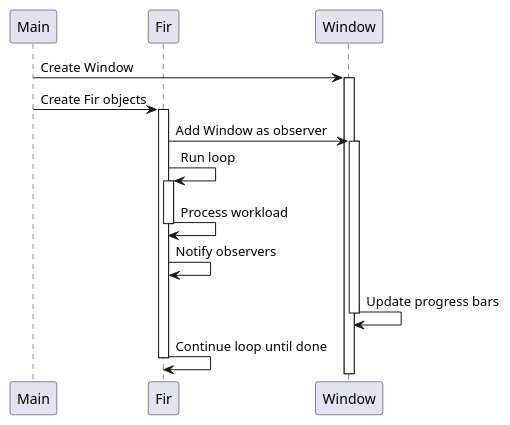
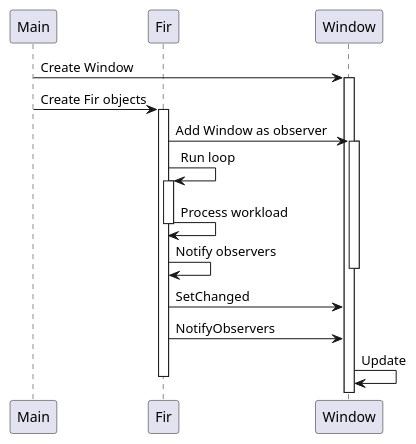
Before and after one commit to ileacosmin/IleaCosmin_30333_RTSLAB: the diagram in RTS/src/Lab2/Ex2/Ex2SequenceDiagram.plantuml, drawn with PlantUML. The commit also changed 18 other files, not shown here.

```diff
--- a/RTS/src/Lab2/Ex2/Ex2SequenceDiagram.plantuml
+++ b/RTS/src/Lab2/Ex2/Ex2SequenceDiagram.plantuml
@@ -1,22 +1,24 @@
 @startuml
 participant Main
 participant Fir
 participant Window
 
 Main -> Window: Create Window
 activate Window
 Main -> Fir: Create Fir objects
 activate Fir
 Fir -> Window: Add Window as observer
 activate Window
 Fir -> Fir: Run loop
 activate Fir
 Fir -> Fir: Process workload
 deactivate Fir
 Fir -> Fir: Notify observers
-Window -> Window: Update progress bars
 deactivate Window
-Fir -> Fir: Continue loop until done
+Fir -> Window: SetChanged
+Fir -> Window: NotifyObservers
+Window -> Window: Update
+
 deactivate Fir
 deactivate Main
 @enduml
```
